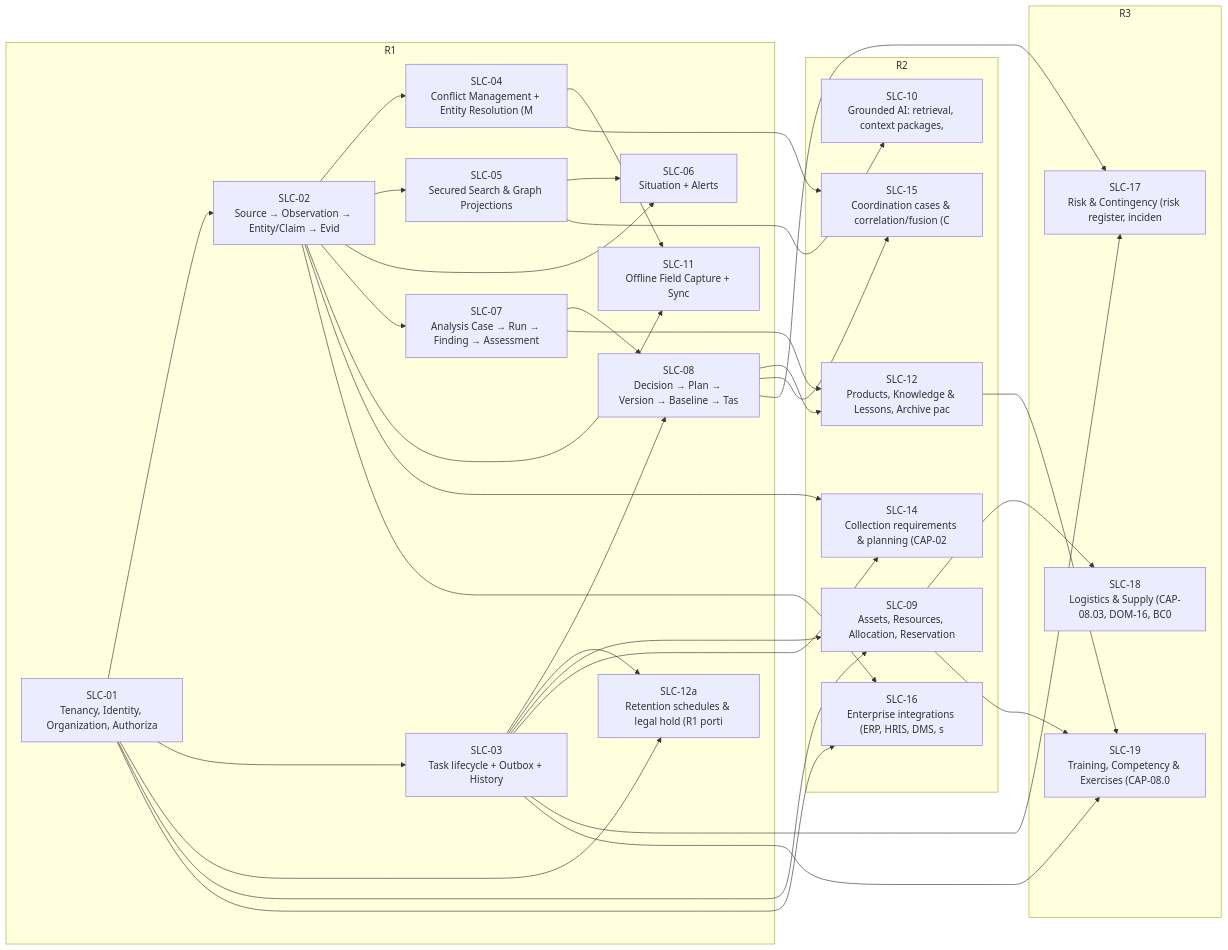
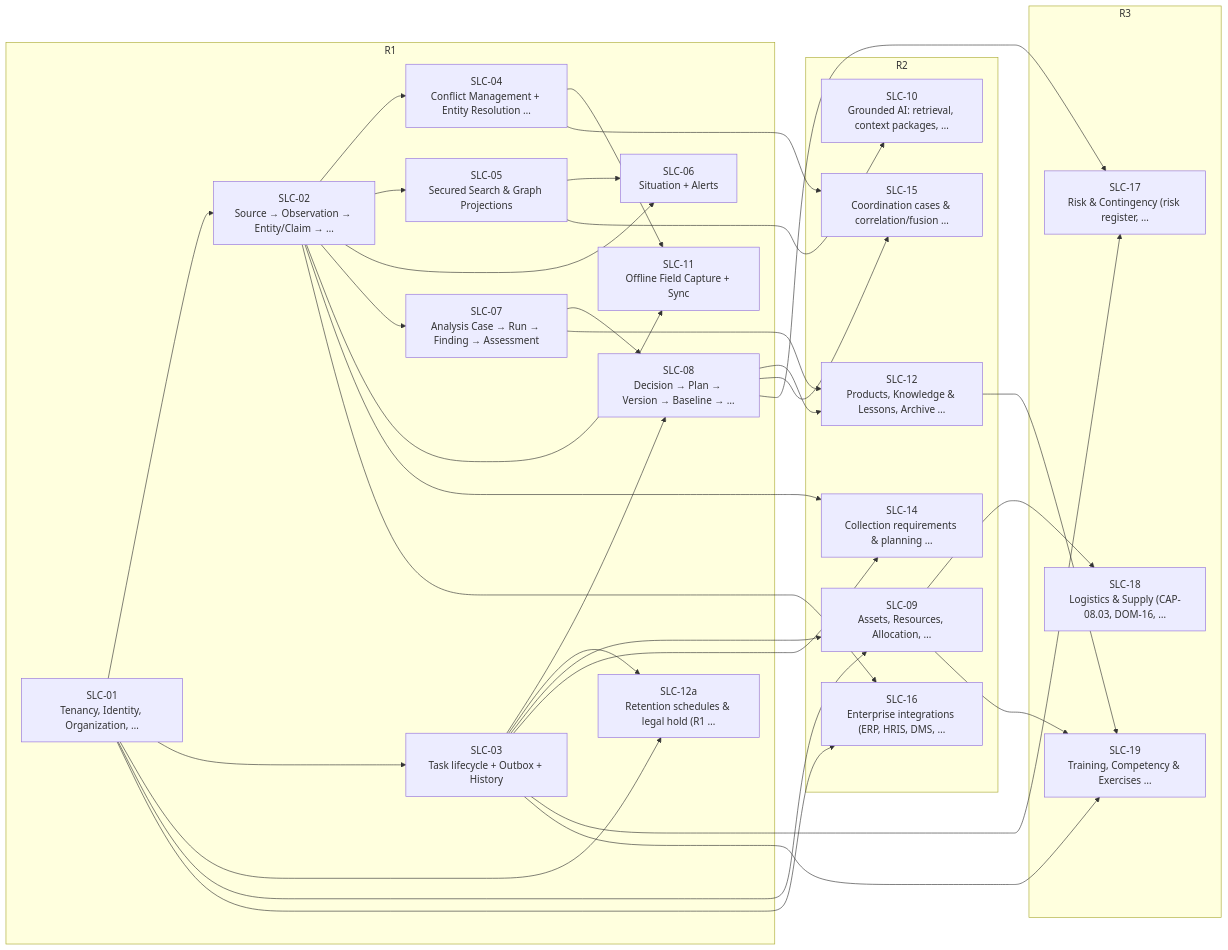
One commit to Ayoubkhattab/Planing changed the second of 2 diagrams in spec/18-analysis-design/26-implementation-roadmap.md. Above: the diagram before and after it, drawn with Mermaid. The commit also changed other lines of this file and 6 other files, not shown here.

````diff
--- a/spec/18-analysis-design/26-implementation-roadmap.md
+++ b/spec/18-analysis-design/26-implementation-roadmap.md
@@ -83,58 +84,58 @@
 ```mermaid
 flowchart LR
   subgraph R1["R1"]
-    SLC_01["SLC-01<br/>Tenancy, Identity, Organization, Authoriza"]
-    SLC_02["SLC-02<br/>Source → Observation → Entity/Claim → Evid"]
+    SLC_01["SLC-01<br/>Tenancy, Identity, Organization, …"]
+    SLC_02["SLC-02<br/>Source → Observation → Entity/Claim → …"]
     SLC_03["SLC-03<br/>Task lifecycle + Outbox + History"]
-    SLC_04["SLC-04<br/>Conflict Management + Entity Resolution (M"]
+    SLC_04["SLC-04<br/>Conflict Management + Entity Resolution …"]
     SLC_05["SLC-05<br/>Secured Search & Graph Projections"]
     SLC_06["SLC-06<br/>Situation + Alerts"]
     SLC_07["SLC-07<br/>Analysis Case → Run → Finding → Assessment"]
-    SLC_08["SLC-08<br/>Decision → Plan → Version → Baseline → Tas"]
+    SLC_08["SLC-08<br/>Decision → Plan → Version → Baseline → …"]
     SLC_11["SLC-11<br/>Offline Field Capture + Sync"]
-    SLC_12a["SLC-12a<br/>Retention schedules & legal hold (R1 porti"]
+    SLC_12a["SLC-12a<br/>Retention schedules & legal hold (R1 …"]
   end
   subgraph R2["R2"]
-    SLC_09["SLC-09<br/>Assets, Resources, Allocation, Reservation"]
-    SLC_12["SLC-12<br/>Products, Knowledge & Lessons, Archive pac"]
-    SLC_10["SLC-10<br/>Grounded AI: retrieval, context packages, "]
-    SLC_14["SLC-14<br/>Collection requirements & planning (CAP-02"]
-    SLC_15["SLC-15<br/>Coordination cases & correlation/fusion (C"]
-    SLC_16["SLC-16<br/>Enterprise integrations (ERP, HRIS, DMS, s"]
+    SLC_09["SLC-09<br/>Assets, Resources, Allocation, …"]
+    SLC_12["SLC-12<br/>Products, Knowledge & Lessons, Archive …"]
+    SLC_10["SLC-10<br/>Grounded AI: retrieval, context packages, …"]
+    SLC_14["SLC-14<br/>Collection requirements & planning …"]
+    SLC_15["SLC-15<br/>Coordination cases & correlation/fusion …"]
+    SLC_16["SLC-16<br/>Enterprise integrations (ERP, HRIS, DMS, …"]
   end
   subgraph R3["R3"]
-    SLC_17["SLC-17<br/>Risk & Contingency (risk register, inciden"]
-    SLC_18["SLC-18<br/>Logistics & Supply (CAP-08.03, DOM-16, BC0"]
-    SLC_19["SLC-19<br/>Training, Competency & Exercises (CAP-08.0"]
+    SLC_17["SLC-17<br/>Risk & Contingency (risk register, …"]
+    SLC_18["SLC-18<br/>Logistics & Supply (CAP-08.03, DOM-16, …"]
+    SLC_19["SLC-19<br/>Training, Competency & Exercises …"]
   end
   SLC_01 --> SLC_02
   SLC_01 --> SLC_03
   SLC_02 --> SLC_04
   SLC_02 --> SLC_05
   SLC_02 --> SLC_06
   SLC_05 --> SLC_06
   SLC_02 --> SLC_07
   SLC_03 --> SLC_08
   SLC_07 --> SLC_08
   SLC_02 --> SLC_11
   SLC_04 --> SLC_11
   SLC_01 --> SLC_12a
   SLC_03 --> SLC_12a
   SLC_03 --> SLC_09
   SLC_01 --> SLC_09
   SLC_07 --> SLC_12
   SLC_08 --> SLC_12
   SLC_05 --> SLC_10
   SLC_02 --> SLC_14
   SLC_03 --> SLC_14
   SLC_04 --> SLC_15
   SLC_08 --> SLC_15
   SLC_02 --> SLC_16
   SLC_01 --> SLC_16
   SLC_08 --> SLC_17
   SLC_03 --> SLC_17
   SLC_09 --> SLC_18
   SLC_03 --> SLC_19
   SLC_09 --> SLC_19
   SLC_12 --> SLC_19
 ```
````
